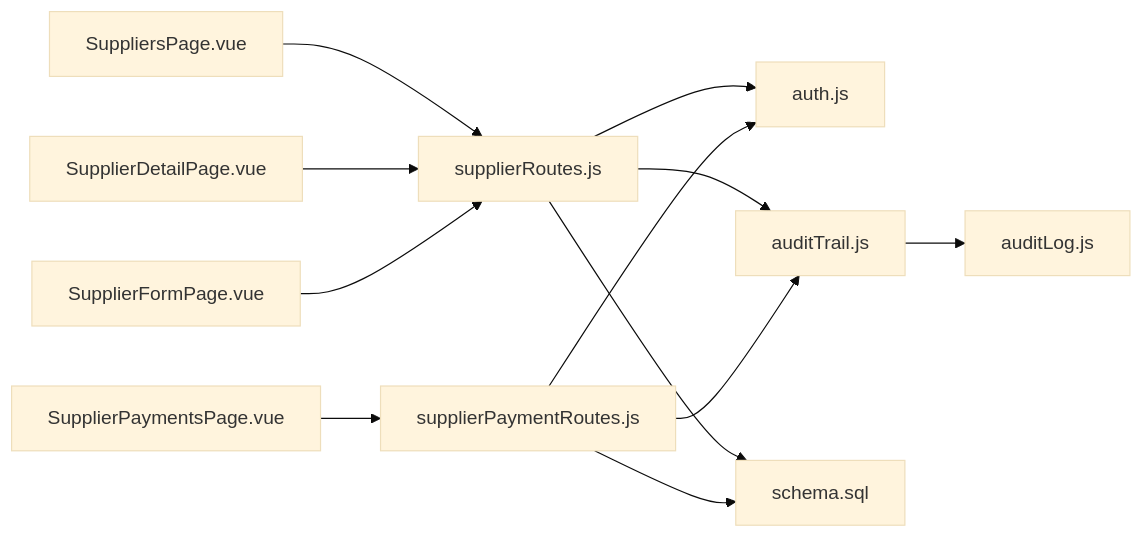
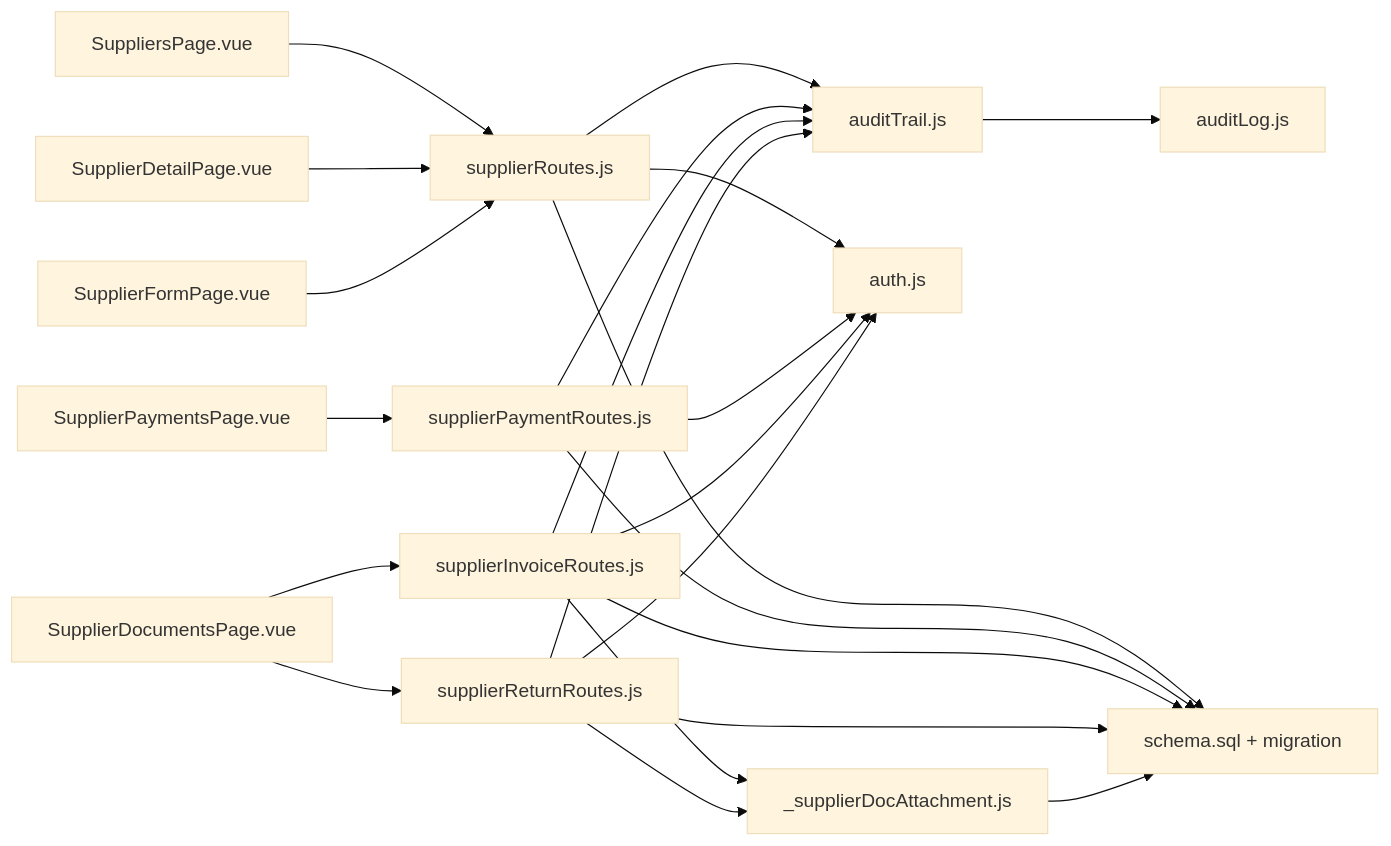
The ninth of 9 diagrams in .qoder/repowiki/zh/content/核心功能模块/商品管理模块/供应商管理.md (Juny09/inventory_system), drawn with Mermaid (base theme) before and after one commit. The commit also changed other lines of this file and 53 other files, not shown here.

````diff
--- a/.qoder/repowiki/zh/content/核心功能模块/商品管理模块/供应商管理.md
+++ b/.qoder/repowiki/zh/content/核心功能模块/商品管理模块/供应商管理.md
@@ -351,14 +552,25 @@
 ```mermaid
 graph LR
 SP["SuppliersPage.vue"] --> SR["supplierRoutes.js"]
 SD["SupplierDetailPage.vue"] --> SR
 SF["SupplierFormPage.vue"] --> SR
 SPP["SupplierPaymentsPage.vue"] --> SPR["supplierPaymentRoutes.js"]
+SDoc["SupplierDocumentsPage.vue"] --> SIR["supplierInvoiceRoutes.js"]
+SDoc --> SRR["supplierReturnRoutes.js"]
+SIR --> ATTACH["_supplierDocAttachment.js"]
+SRR --> ATTACH
 SR --> AUTH["auth.js"]
 SPR --> AUTH
+SIR --> AUTH
+SRR --> AUTH
 SR --> AT["auditTrail.js"]
 SPR --> AT
+SIR --> AT
+SRR --> AT
 AT --> AL["auditLog.js"]
-SR --> DB["schema.sql"]
+SR --> DB["schema.sql + migration"]
 SPR --> DB
+SIR --> DB
+SRR --> DB
+ATTACH --> DB
 ```
````
